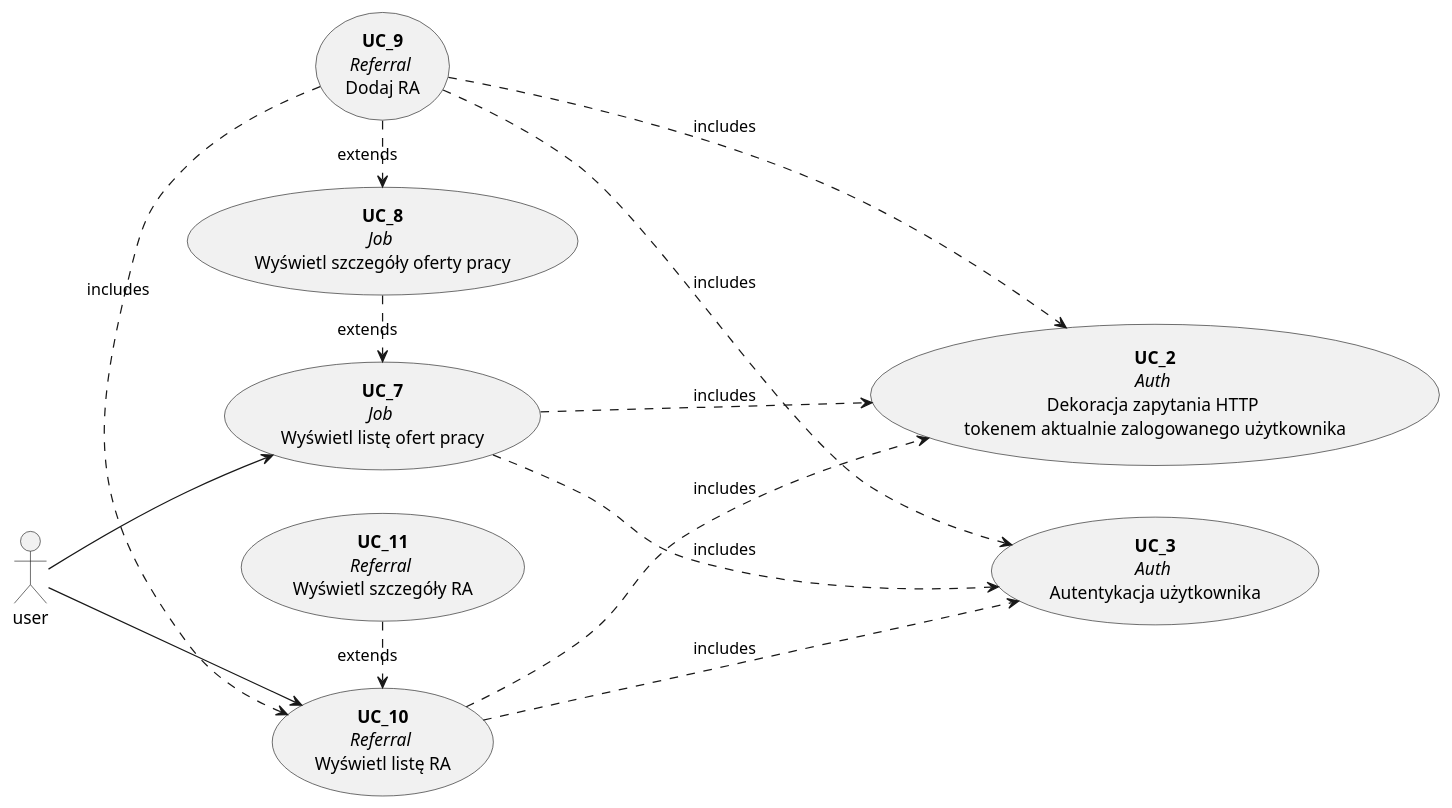
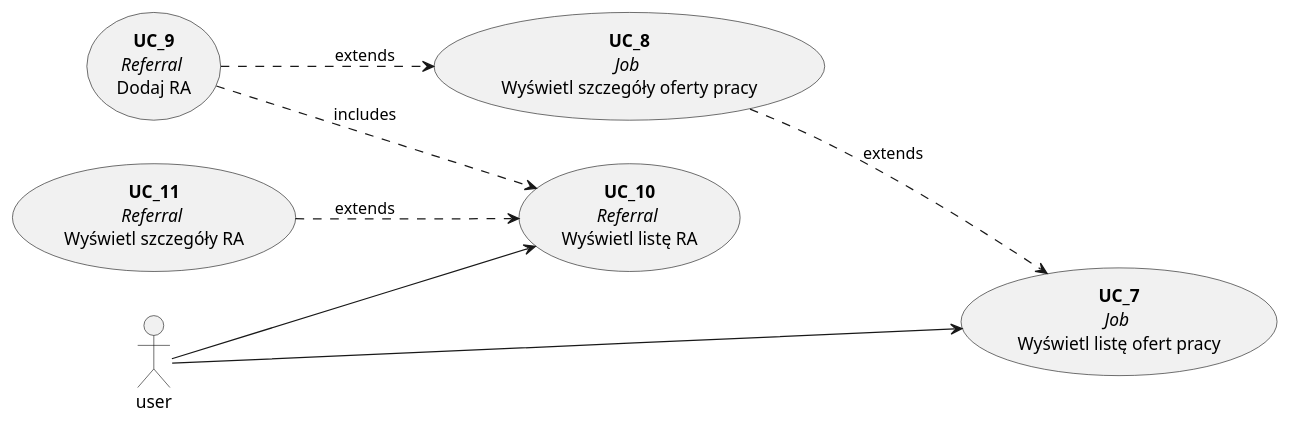
Before and after one commit to poznas/hydra-aimo: the diagram in job_referral_use_case_diagram.puml, drawn with PlantUML. The commit also changed 16 other files, not shown here.

Commit message:
refactor UC_2, UC_3 to UC_4 nested sequence groups

```diff
--- a/job_referral_use_case_diagram.puml
+++ b/job_referral_use_case_diagram.puml
@@ -1,52 +1,31 @@
 @startuml
 left to right direction
 
 actor user
-
-  usecase UC_2 as "**UC_2** 
-  // Auth // 
-  Dekoracja zapytania HTTP 
-  tokenem aktualnie zalogowanego użytkownika"
-  usecase UC_3 as "**UC_3** 
-  // Auth // 
-  Autentykacja użytkownika"
 
   usecase UC_7 as "**UC_7** 
   // Job // 
   Wyświetl listę ofert pracy"
   usecase UC_8 as "**UC_8** 
   // Job // 
   Wyświetl szczegóły oferty pracy"
 
   usecase UC_9 as "**UC_9** 
   // Referral // 
   Dodaj RA"
   usecase UC_10 as "**UC_10** 
   // Referral // 
   Wyświetl listę RA"
   usecase UC_11 as "**UC_11** 
   // Referral // 
   Wyświetl szczegóły RA"
 
-
-    UC_8 .> UC_7 : extends
-    UC_9 .> UC_8 : extends
-    UC_9 .> UC_10 : includes
-    UC_11 .> UC_10 : extends
-
-
     user --> UC_7
     user --> UC_10
 
-
-    UC_7 ....> UC_2 : includes
-    UC_7 ....> UC_3 : includes
-
-    UC_9 ....> UC_2 : includes
-    UC_9 ....> UC_3 : includes
-
-    UC_10 ....> UC_2 : includes
-    UC_10 ....> UC_3 : includes
-
+    UC_8 ..> UC_7 : extends
+    UC_9 ..> UC_8 : extends
+    UC_9 ..> UC_10 : includes
+    UC_11 ..> UC_10 : extends
     
 @enduml
```
